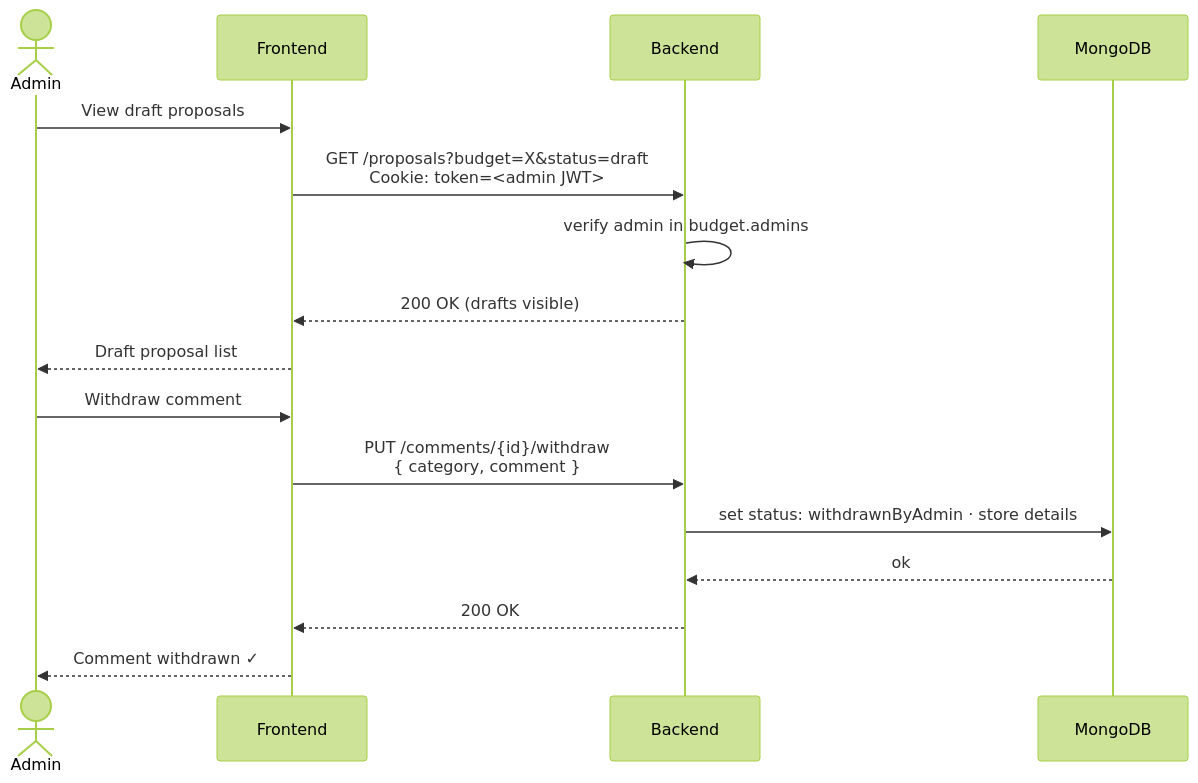
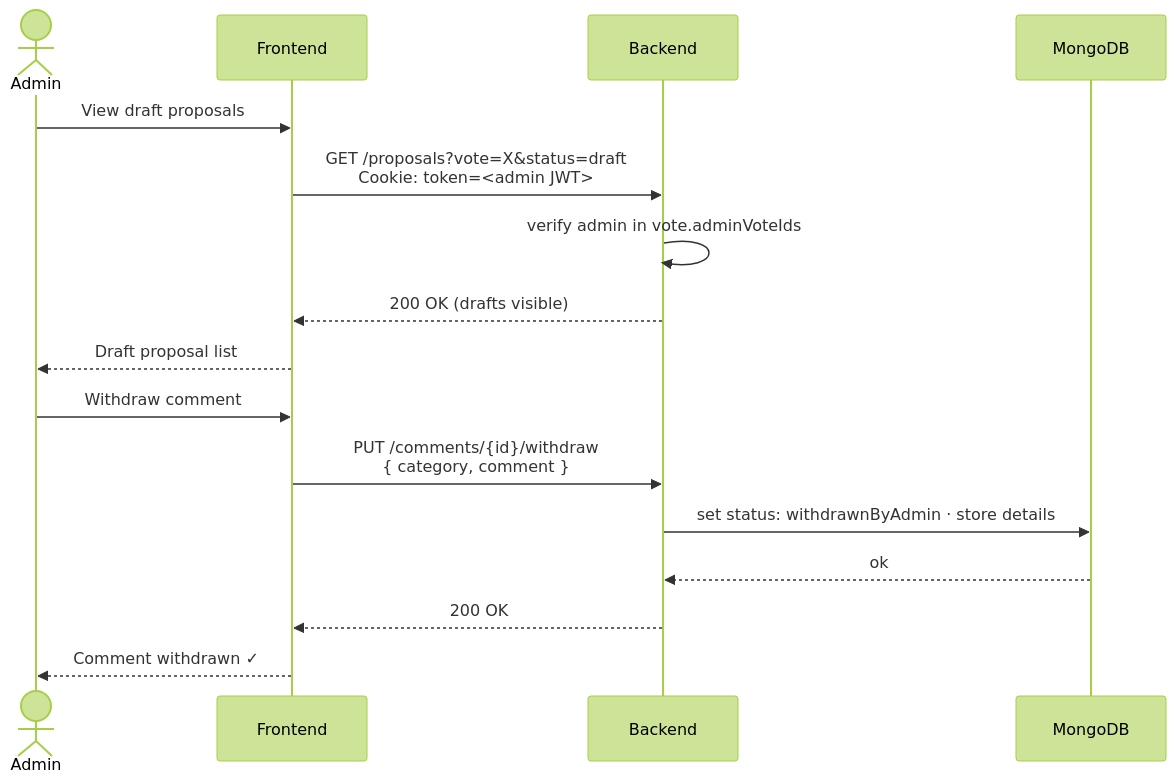
Before and after one commit to lerna-labs/ekklesia-proposal-module: the fifth of 5 diagrams in docs/system-architecture.md, drawn with Mermaid (forest theme). The commit also changed other lines of this file and 8 other files, not shown here.

````diff
--- a/docs/system-architecture.md
+++ b/docs/system-architecture.md
@@ -403,20 +403,20 @@
 ```mermaid
 sequenceDiagram
     actor Admin
     participant Frontend
     participant Backend
     participant MongoDB
 
     Admin->>Frontend: View draft proposals
-    Frontend->>Backend: GET /proposals?budget=X&status=draft<br/>Cookie: token=<admin JWT>
-    Backend->>Backend: verify admin in budget.admins
+    Frontend->>Backend: GET /proposals?vote=X&status=draft<br/>Cookie: token=<admin JWT>
+    Backend->>Backend: verify admin in vote.adminVoteIds
     Backend-->>Frontend: 200 OK (drafts visible)
     Frontend-->>Admin: Draft proposal list
 
     Admin->>Frontend: Withdraw comment
     Frontend->>Backend: PUT /comments/{id}/withdraw<br/>{ category, comment }
     Backend->>MongoDB: set status: withdrawnByAdmin · store details
     MongoDB-->>Backend: ok
     Backend-->>Frontend: 200 OK
     Frontend-->>Admin: Comment withdrawn ✓
 ```
````
